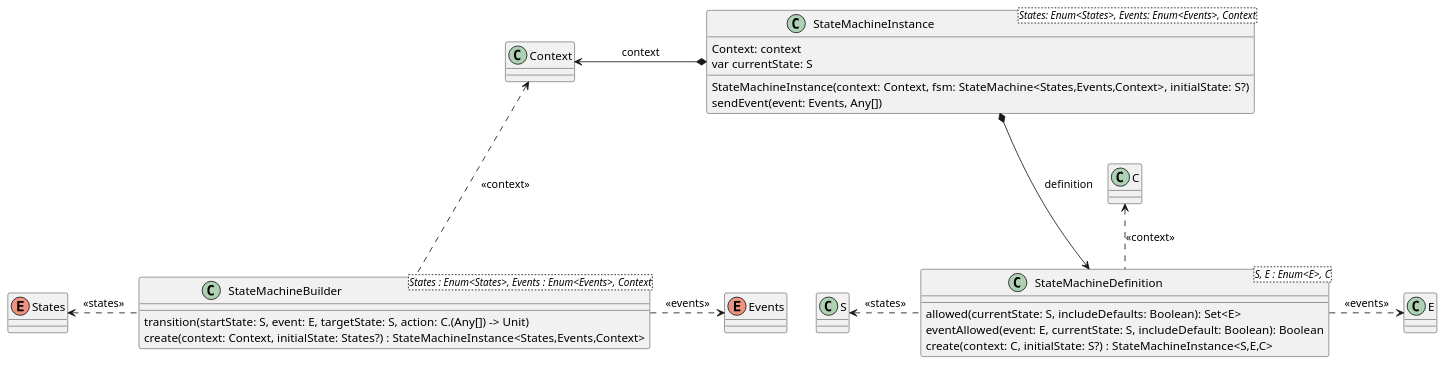
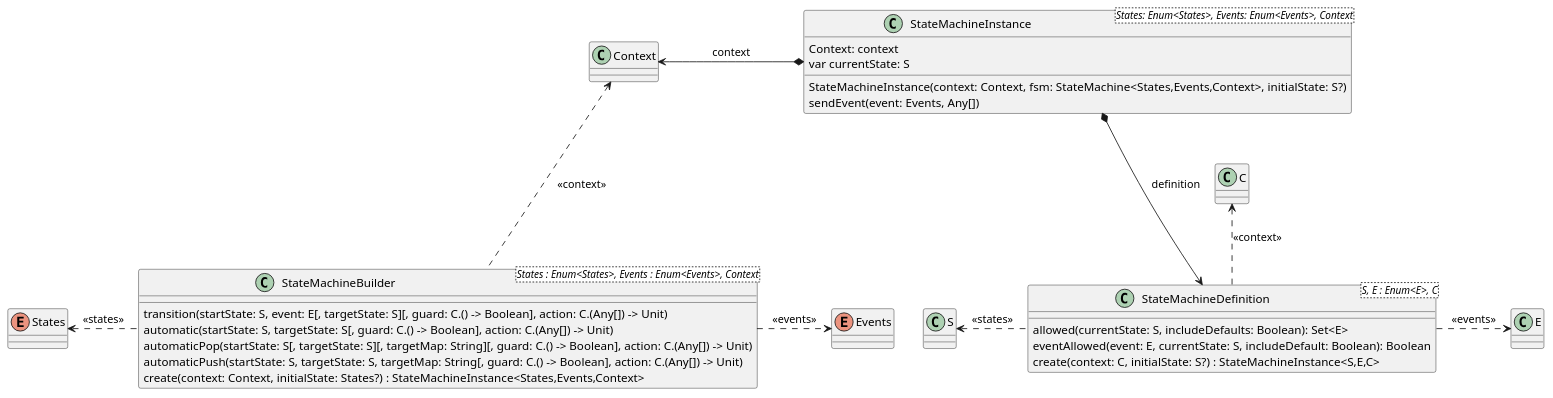
One commit to open-jumpco/kfsm changed the diagram in src/doc/plantuml/statemachine-classes.plantuml. Above: the diagram before and after it, drawn with PlantUML. The commit also changed 27 other files, not shown here.

```diff
--- a/src/doc/plantuml/statemachine-classes.plantuml
+++ b/src/doc/plantuml/statemachine-classes.plantuml
@@ -1,39 +1,42 @@
 @startuml
 
 class Context {
 }
 enum States {
 }
 enum Events {
 }
 
 class StateMachineBuilder<States : Enum<States>, Events : Enum<Events>, Context> {
-    transition(startState: S, event: E, targetState: S, action: C.(Any[]) -> Unit)
+    transition(startState: S, event: E[, targetState: S][, guard: C.() -> Boolean], action: C.(Any[]) -> Unit)
+    automatic(startState: S, targetState: S[, guard: C.() -> Boolean], action: C.(Any[]) -> Unit)
+    automaticPop(startState: S[, targetState: S][, targetMap: String][, guard: C.() -> Boolean], action: C.(Any[]) -> Unit)
+    automaticPush(startState: S, targetState: S, targetMap: String[, guard: C.() -> Boolean], action: C.(Any[]) -> Unit)
     create(context: Context, initialState: States?) : StateMachineInstance<States,Events,Context>
 }
 
 class StateMachineDefinition<S, E : Enum<E>, C> {
     allowed(currentState: S, includeDefaults: Boolean): Set<E>
     eventAllowed(event: E, currentState: S, includeDefault: Boolean): Boolean
     create(context: C, initialState: S?) : StateMachineInstance<S,E,C>
 }
 
 class StateMachineInstance<States: Enum<States>, Events: Enum<Events>, Context> {
     StateMachineInstance(context: Context, fsm: StateMachine<States,Events,Context>, initialState: S?)
     Context: context
     var currentState: S
     sendEvent(event: Events, Any[])
 }
 
 StateMachineBuilder ..left..> States : <<states>>
 StateMachineBuilder ..right..> Events : <<events>>
 StateMachineBuilder ..up.> Context : <<context>>
 
 StateMachineDefinition .left.> S : <<states>>
 StateMachineDefinition .right.> E : <<events>>
 StateMachineDefinition .up.> C : <<context>>
 
 StateMachineInstance *---> StateMachineDefinition : definition
 StateMachineInstance *--left--> Context : context
 
 @enduml
```
